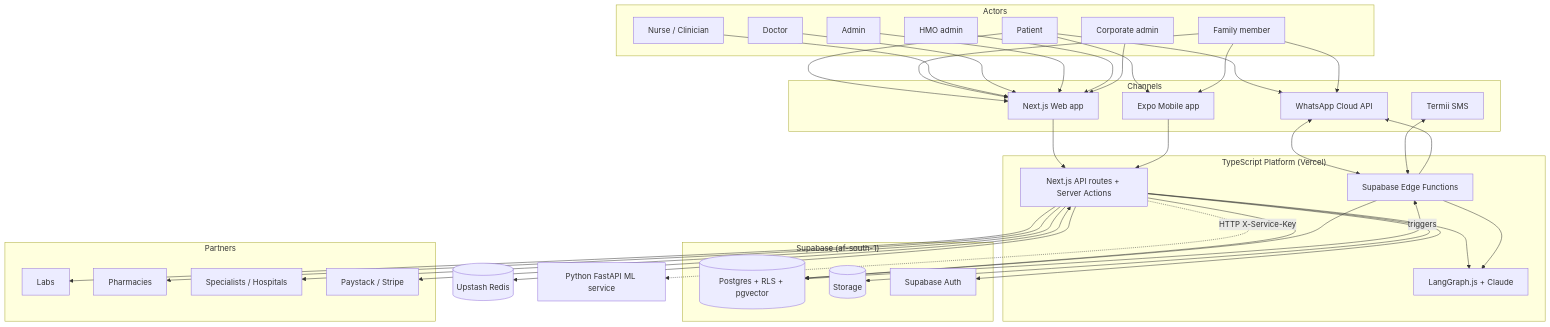
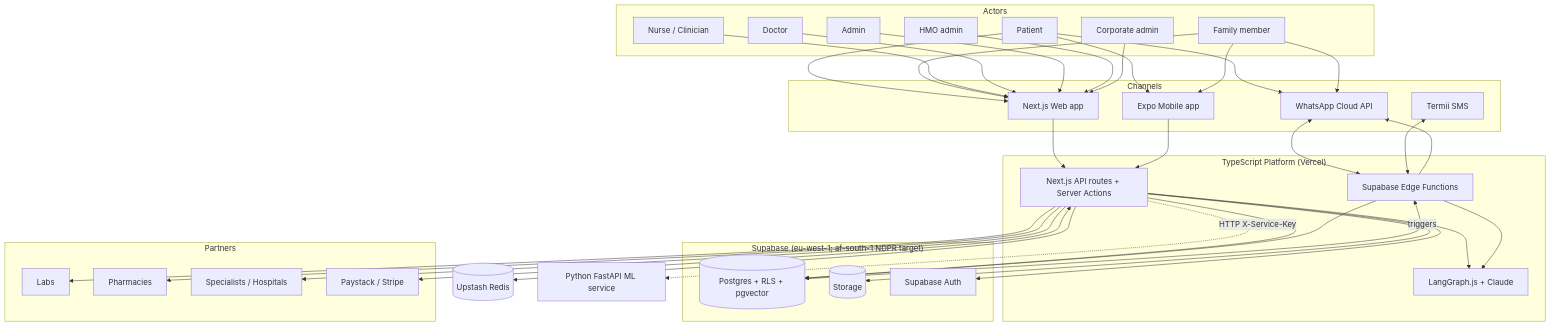
The first of 6 diagrams in docs/ARCHITECTURE.md (Kolalonge-creator/Tarragon-Health), drawn with Mermaid before and after one commit. The commit also changed other lines of this file and 3 other files, not shown here.

````diff
--- a/docs/ARCHITECTURE.md
+++ b/docs/ARCHITECTURE.md
@@ -44,54 +44,54 @@
 ```mermaid
 graph TB
   subgraph Actors
     P[Patient]
     F[Family member]
     N[Nurse / Clinician]
     D[Doctor]
     A[Admin]
     HMO[HMO admin]
     CORP[Corporate admin]
   end
 
   subgraph Channels
     WA[WhatsApp Cloud API]
     SMS[Termii SMS]
     WEB[Next.js Web app]
     MOB[Expo Mobile app]
   end
 
   subgraph Platform["TypeScript Platform (Vercel)"]
     API[Next.js API routes + Server Actions]
     EDGE[Supabase Edge Functions]
     AI[LangGraph.js + Claude]
   end
 
-  subgraph Data["Supabase (af-south-1)"]
+  subgraph Data["Supabase (eu-west-1; af-south-1 NDPR target)"]
     DB[(Postgres + RLS + pgvector)]
     STORE[(Storage)]
     AUTH[Supabase Auth]
   end
 
   REDIS[(Upstash Redis)]
   ML[Python FastAPI ML service]
 
   subgraph Partners
     LAB[Labs]
     PHARM[Pharmacies]
     SPEC[Specialists / Hospitals]
     PAY[Paystack / Stripe]
   end
 
   P & F --> WA & WEB & MOB
   N & D & A & HMO & CORP --> WEB
   WA <--> EDGE
   SMS <--> EDGE
   WEB & MOB --> API
   API --> DB & AUTH & STORE & REDIS
   API --> AI
   API -. HTTP X-Service-Key .-> ML
   EDGE --> DB & WA & AI
   DB -- triggers --> EDGE
   API <--> PAY
   API --> LAB & PHARM & SPEC
 ```
````
